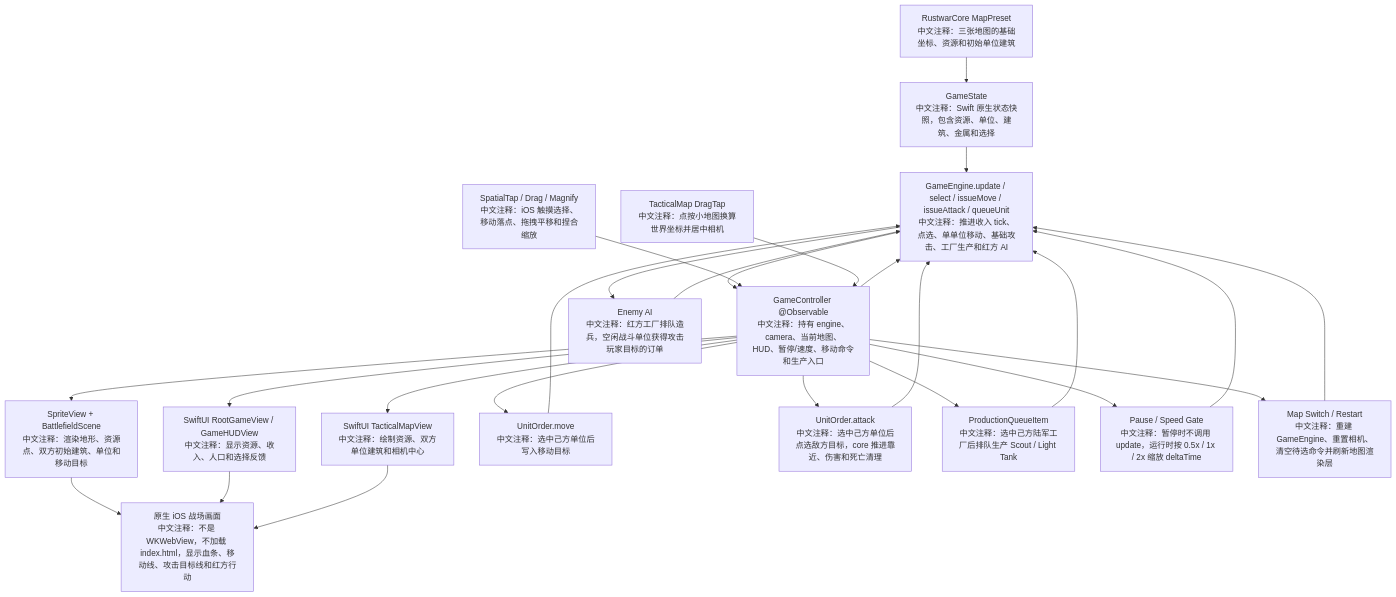
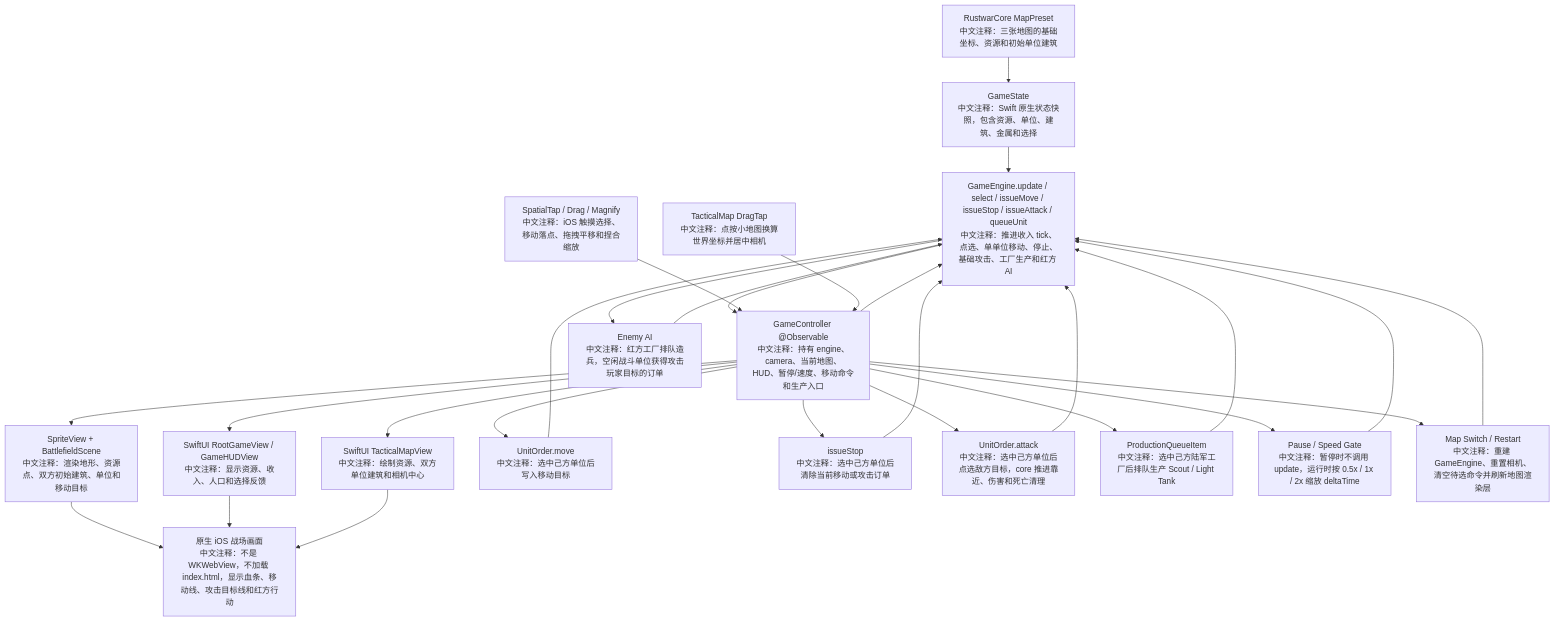
One commit to Altman-sam114/120 changed the third of 5 diagrams in md/flow/flowchart.md. Above: the diagram before and after it, drawn with Mermaid. The commit also changed 10 other files, not shown here.

````diff
--- a/md/flow/flowchart.md
+++ b/md/flow/flowchart.md
@@ -52,27 +52,29 @@
 ```mermaid
 flowchart TD
   P["RustwarCore MapPreset<br/>中文注释：三张地图的基础坐标、资源和初始单位建筑"] --> S["GameState<br/>中文注释：Swift 原生状态快照，包含资源、单位、建筑、金属和选择"]
-  S --> E["GameEngine.update / select / issueMove / issueAttack / queueUnit<br/>中文注释：推进收入 tick、点选、单单位移动、基础攻击、工厂生产和红方 AI"]
+  S --> E["GameEngine.update / select / issueMove / issueStop / issueAttack / queueUnit<br/>中文注释：推进收入 tick、点选、单单位移动、停止、基础攻击、工厂生产和红方 AI"]
   E --> C["GameController @Observable<br/>中文注释：持有 engine、camera、当前地图、HUD、暂停/速度、移动命令和生产入口"]
   C --> H["SwiftUI RootGameView / GameHUDView<br/>中文注释：显示资源、收入、人口和选择反馈"]
   C --> TM["SwiftUI TacticalMapView<br/>中文注释：绘制资源、双方单位建筑和相机中心"]
   C --> B["SpriteView + BattlefieldScene<br/>中文注释：渲染地形、资源点、双方初始建筑、单位和移动目标"]
   T["SpatialTap / Drag / Magnify<br/>中文注释：iOS 触摸选择、移动落点、拖拽平移和捏合缩放"] --> C
   TT["TacticalMap DragTap<br/>中文注释：点按小地图换算世界坐标并居中相机"] --> C
   C --> M["UnitOrder.move<br/>中文注释：选中己方单位后写入移动目标"]
   M --> E
+  C --> STP["issueStop<br/>中文注释：选中己方单位后清除当前移动或攻击订单"]
+  STP --> E
   C --> A["UnitOrder.attack<br/>中文注释：选中己方单位后点选敌方目标，core 推进靠近、伤害和死亡清理"]
   A --> E
   C --> Q["ProductionQueueItem<br/>中文注释：选中己方陆军工厂后排队生产 Scout / Light Tank"]
   Q --> E
   C --> PS["Pause / Speed Gate<br/>中文注释：暂停时不调用 update，运行时按 0.5x / 1x / 2x 缩放 deltaTime"]
   PS --> E
   C --> MP["Map Switch / Restart<br/>中文注释：重建 GameEngine、重置相机、清空待选命令并刷新地图渲染层"]
   MP --> E
   E --> AI["Enemy AI<br/>中文注释：红方工厂排队造兵，空闲战斗单位获得攻击玩家目标的订单"]
   AI --> E
   C --> E
   B --> O["原生 iOS 战场画面<br/>中文注释：不是 WKWebView，不加载 index.html，显示血条、移动线、攻击目标线和红方行动"]
   H --> O
   TM --> O
 ```
````
